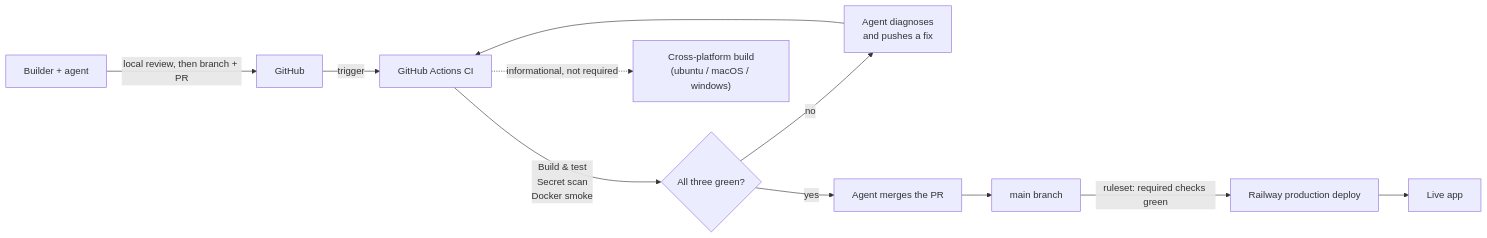
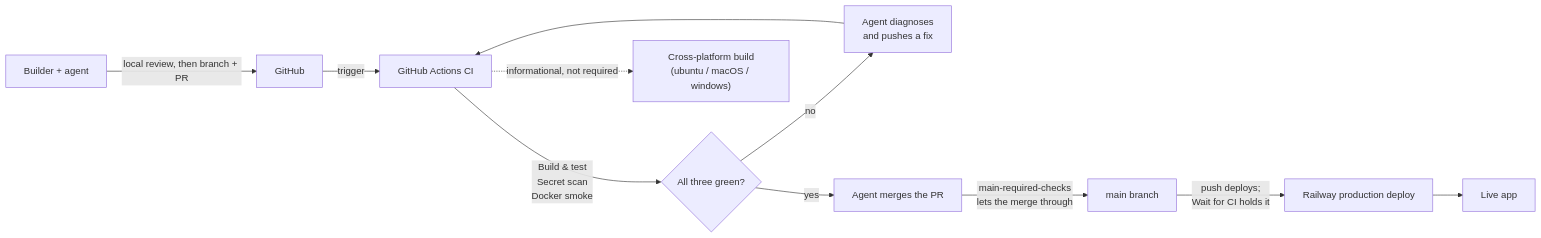
The second of 3 diagrams in docs/design/TOOLING_DESIGN.md (semi-sentient/vibe-starter), drawn with Mermaid before and after one commit. The commit also changed other lines of this file and 9 other files, not shown here.

````diff
--- a/docs/design/TOOLING_DESIGN.md
+++ b/docs/design/TOOLING_DESIGN.md
@@ -299,13 +299,13 @@
 ```mermaid
 flowchart LR
   Dev[Builder + agent] -->|local review, then branch + PR| GitHub
   GitHub -->|trigger| GHA[GitHub Actions CI]
   GHA -->|"Build &amp; test<br/>Secret scan<br/>Docker smoke"| Gate{All three green?}
   GHA -.->|informational, not required| Matrix["Cross-platform build<br/>(ubuntu / macOS / windows)"]
   Gate -->|no| Fix[Agent diagnoses<br/>and pushes a fix]
   Fix --> GHA
   Gate -->|yes| Merge[Agent merges the PR]
-  Merge --> Main[main branch]
-  Main -->|"ruleset: required checks green"| RailwayProd[Railway production deploy]
+  Merge -->|"main-required-checks<br/>lets the merge through"| Main[main branch]
+  Main -->|"push deploys;<br/>Wait for CI holds it"| RailwayProd[Railway production deploy]
   RailwayProd --> Live[Live app]
 ```
````
